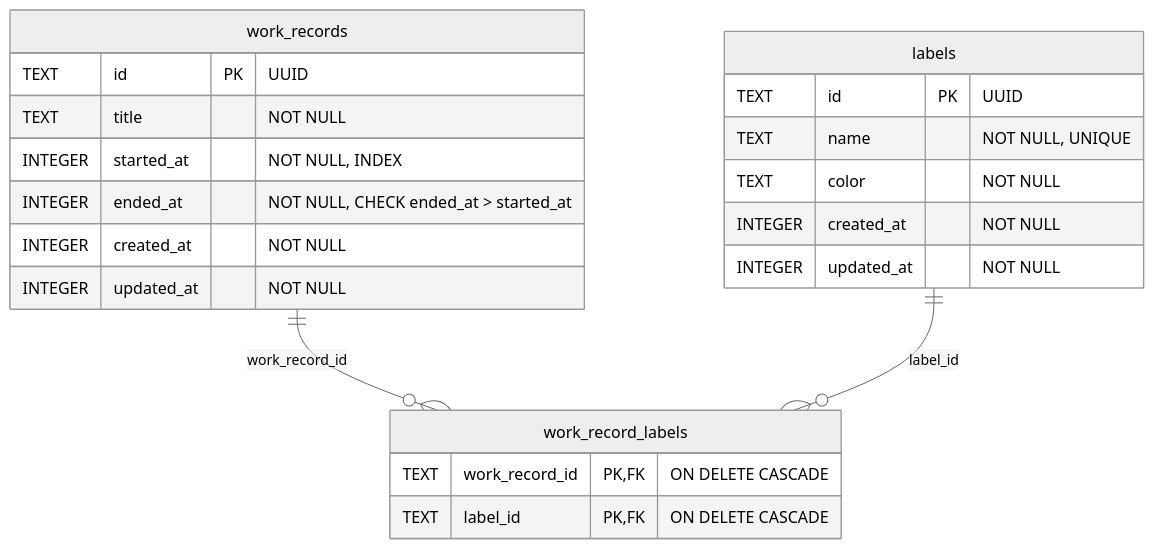
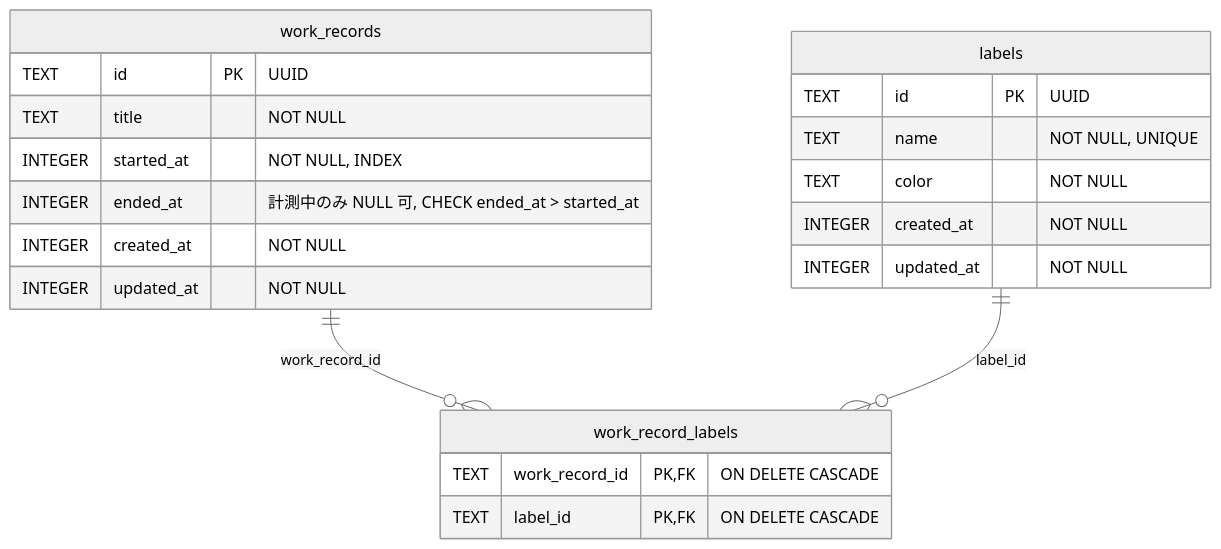
Before and after one commit to monarizzz/link-to-notion-db: the diagram in docs/architecture/database.md, drawn with Mermaid (neutral theme). The commit also changed other lines of this file, not shown here.

Commit message:
docs 計測中の作業記録は ended_at を NULL にできるようにする
終了日時が決まる前の記録を保存できるように、ended_at の NOT NULL を外した。

Refs #112

````diff
--- a/docs/architecture/database.md
+++ b/docs/architecture/database.md
@@ -7,27 +7,27 @@
 ```mermaid
 erDiagram
     labels {
         TEXT id PK "UUID"
         TEXT name "NOT NULL, UNIQUE"
         TEXT color "NOT NULL"
         INTEGER created_at "NOT NULL"
         INTEGER updated_at "NOT NULL"
     }
 
     work_records {
         TEXT id PK "UUID"
         TEXT title "NOT NULL"
         INTEGER started_at "NOT NULL, INDEX"
-        INTEGER ended_at "NOT NULL, CHECK ended_at > started_at"
+        INTEGER ended_at "計測中のみ NULL 可, CHECK ended_at > started_at"
         INTEGER created_at "NOT NULL"
         INTEGER updated_at "NOT NULL"
     }
 
     work_record_labels {
         TEXT work_record_id PK, FK "ON DELETE CASCADE"
         TEXT label_id PK, FK "ON DELETE CASCADE"
     }
 
     work_records ||--o{ work_record_labels : "work_record_id"
     labels ||--o{ work_record_labels : "label_id"
 ```
````
